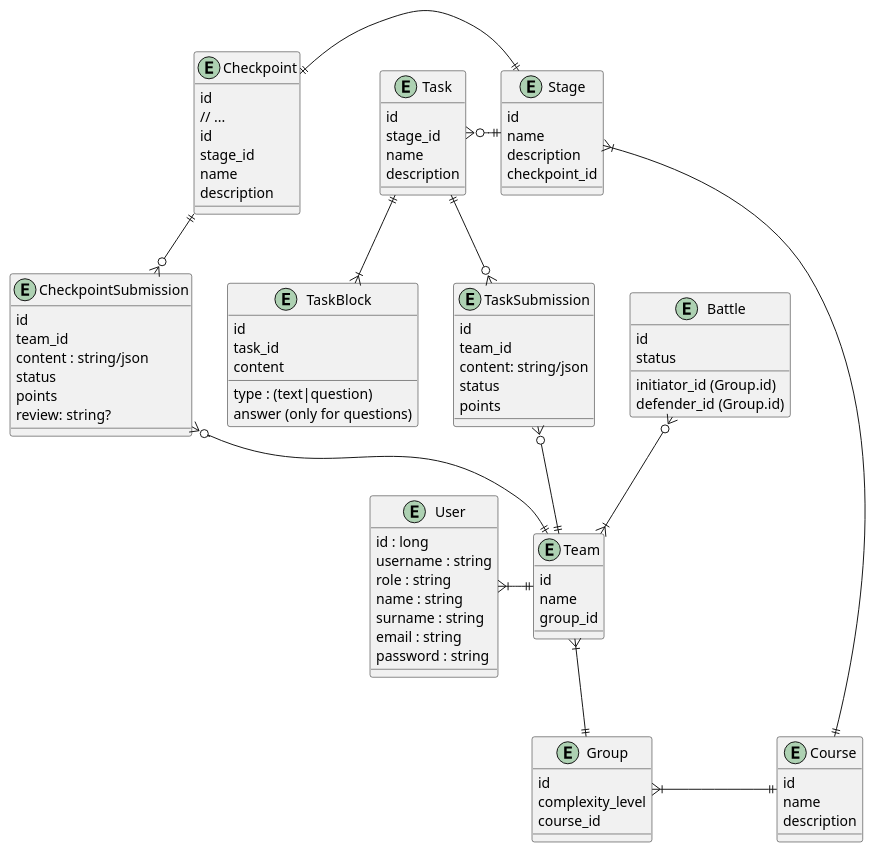
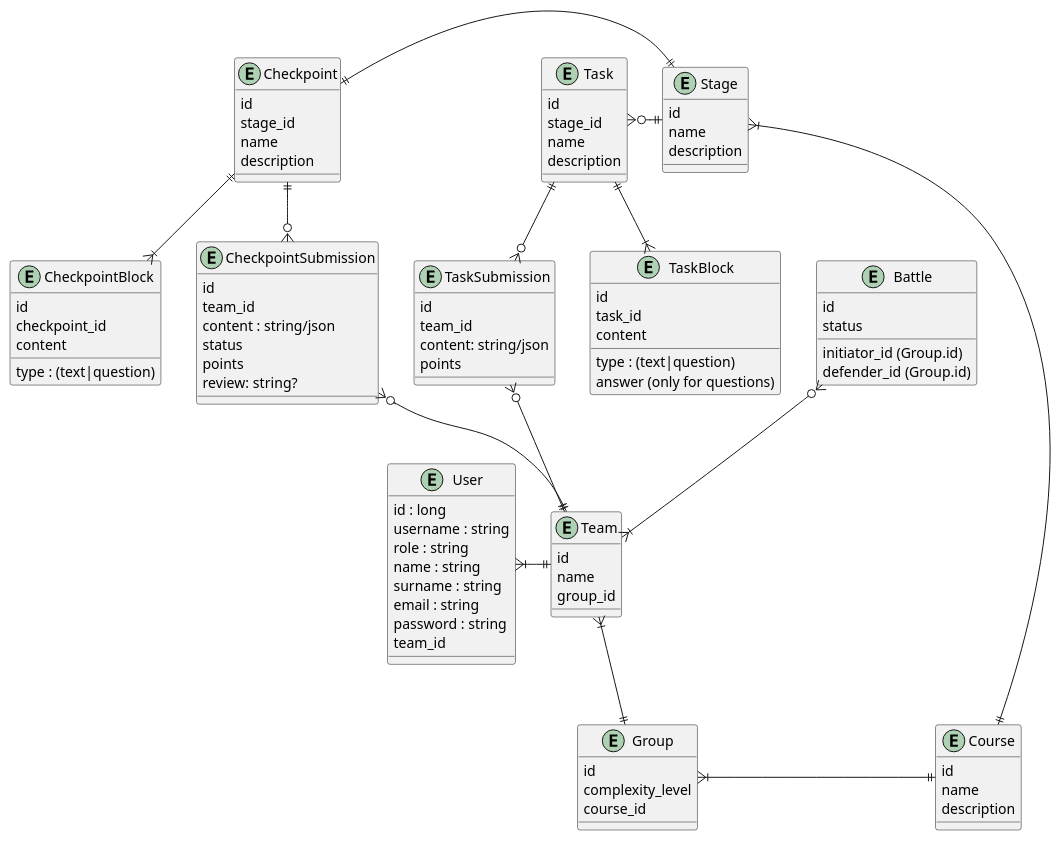
Before and after one commit to kuzznya/junction-avp-backend: the diagram in entities.md, drawn with PlantUML. The commit also changed 1 other file, not shown here.

Commit message:
fix: Edit schema

```diff
--- a/entities.md
+++ b/entities.md
@@ -8,6 +8,7 @@
     surname : string
     email : string
     password : string
+    team_id
 }
 
 entity Team {
@@ -33,7 +34,6 @@
     id
     name
     description
-    checkpoint_id
 }
 
 entity Task {
@@ -51,9 +51,14 @@
     answer (only for questions)
 }
 
+entity CheckpointBlock {
+    id
+    checkpoint_id
+    type : (text|question)
+    content
+}
+
 entity Checkpoint {
-    id
-    // ...
     id
     stage_id
     name
@@ -64,7 +69,6 @@
     id
     team_id
     content: string/json
-    status
     points
 }
 
@@ -93,6 +97,7 @@
 Task ||--|{ TaskBlock
 Task ||--o{ TaskSubmission
 TaskSubmission }o--|| Team
+Checkpoint ||--|{ CheckpointBlock
 Checkpoint ||--o{ CheckpointSubmission
 CheckpointSubmission }o--|| Team
 Battle }o--|{ Team
```
